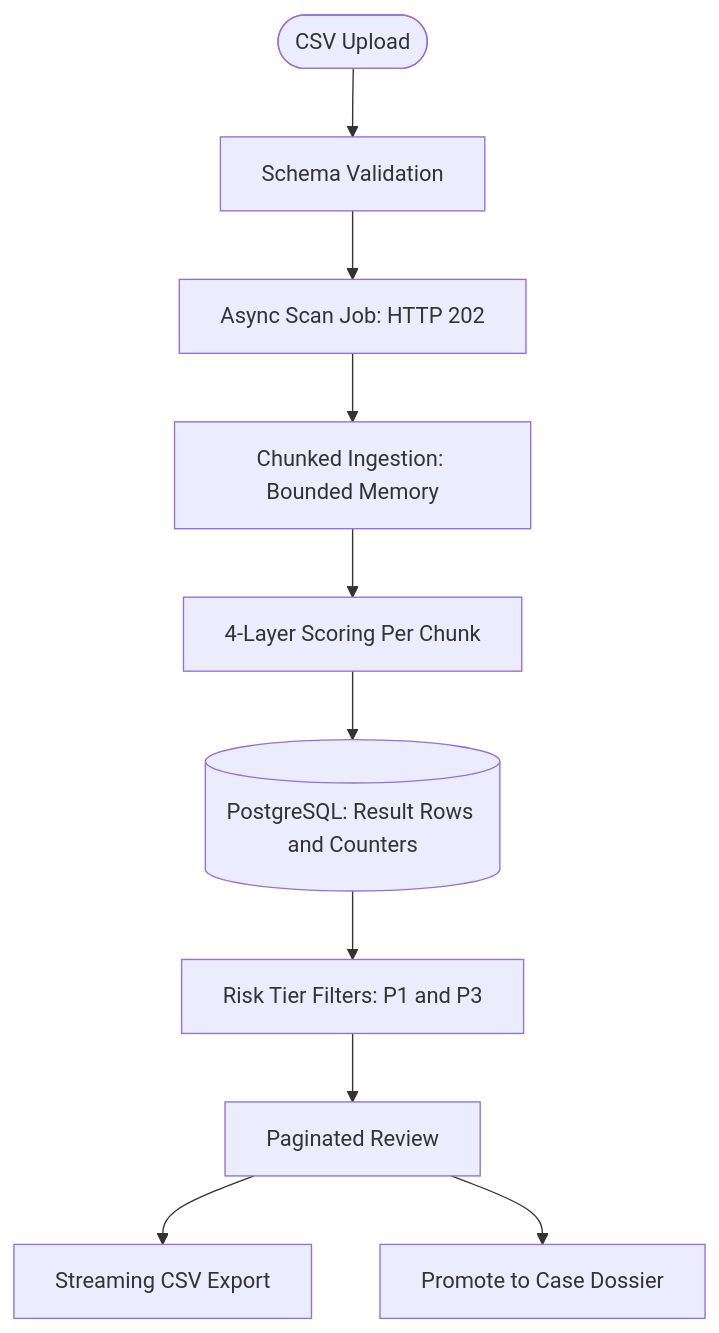
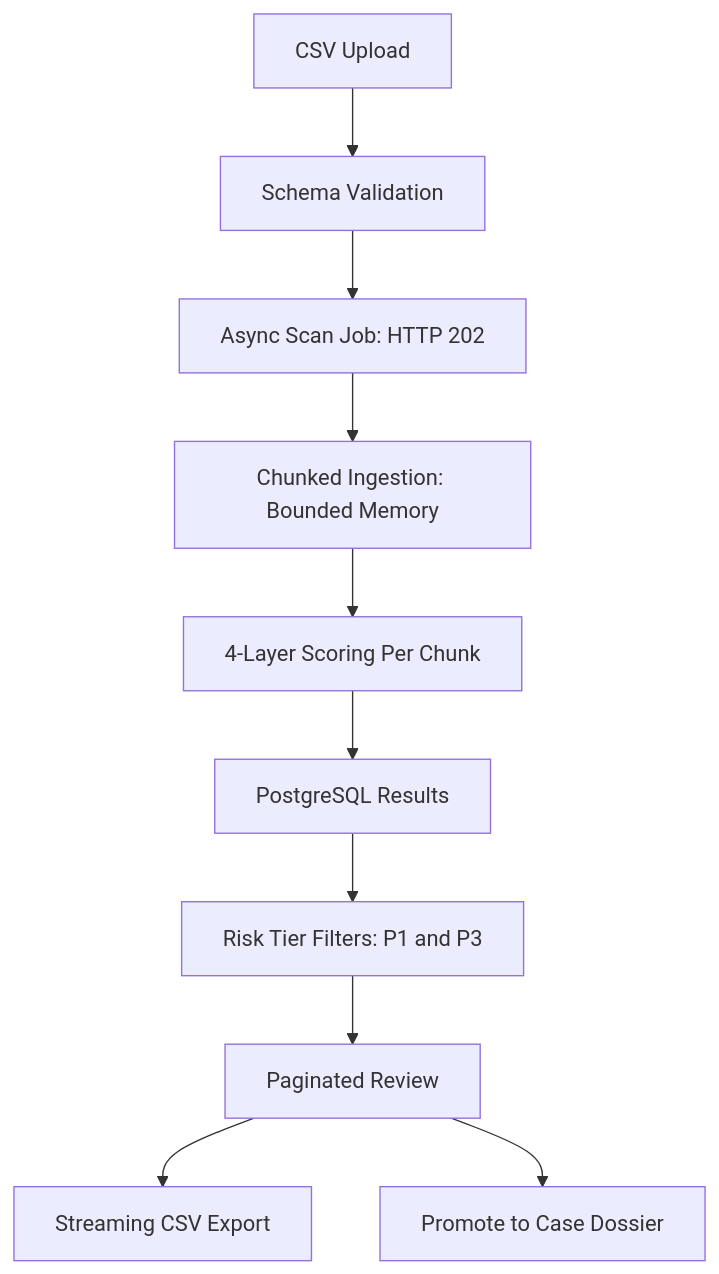
Before and after one commit to IjazKakkodDS/transaction-fraud-intelligence-console: the fifth of 6 diagrams in README.md, drawn with Mermaid. The commit also changed other lines of this file, not shown here.

Commit message:
Fix README Mermaid rendering

````diff
--- a/README.md
+++ b/README.md
@@ -321,12 +327,12 @@
 ```mermaid
 flowchart TD
-    A(["CSV Upload"]) --> B["Schema Validation"]
+    A["CSV Upload"] --> B["Schema Validation"]
     B --> C["Async Scan Job: HTTP 202"]
     C --> D["Chunked Ingestion: Bounded Memory"]
     D --> E["4-Layer Scoring Per Chunk"]
-    E --> F[("PostgreSQL: Result Rows and Counters")]
+    E --> F["PostgreSQL Results"]
     F --> G["Risk Tier Filters: P1 and P3"]
     G --> H["Paginated Review"]
     H --> I["Streaming CSV Export"]
     H --> J["Promote to Case Dossier"]
 ```
````
